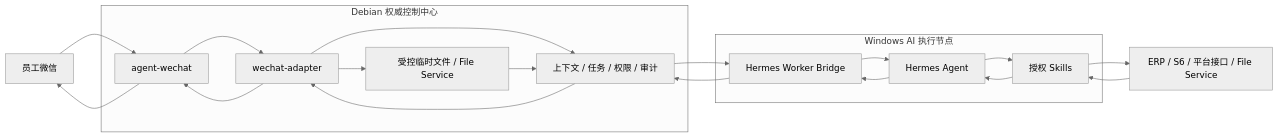
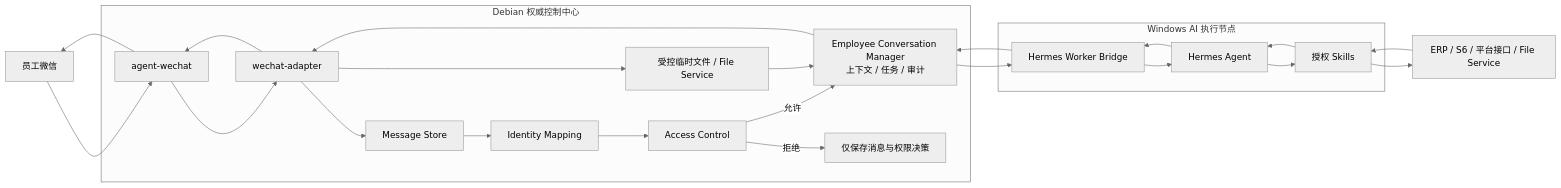
One commit to Tangbohu09527/CF_ecommerce-automation-docs changed the second of 3 diagrams in architecture/wechat-hermes-integration.md. Above: the diagram before and after it, drawn with Mermaid (neutral theme). The commit also changed other lines of this file and 9 other files, not shown here.

````diff
--- a/architecture/wechat-hermes-integration.md
+++ b/architecture/wechat-hermes-integration.md
@@ -42,21 +42,25 @@
 ```mermaid
 flowchart LR
     E["员工微信"] --> A["agent-wechat"]
 
     subgraph D["Debian 权威控制中心"]
         A --> W["wechat-adapter"]
-        W --> C["上下文 / 任务 / 权限 / 审计"]
+        W --> M["Message Store"]
+        M --> I["Identity Mapping"]
+        I --> AC["Access Control"]
+        AC -->|"允许"| C["Employee Conversation Manager<br/>上下文 / 任务 / 审计"]
+        AC -->|"拒绝"| R["仅保存消息与权限决策"]
         W --> T["受控临时文件 / File Service"]
         T --> C
     end
 
     C --> B["Hermes Worker Bridge"]
 
     subgraph N["Windows AI 执行节点"]
         B --> H["Hermes Agent"]
         H --> S["授权 Skills"]
     end
 
     S --> X["ERP / S6 / 平台接口 / File Service"]
     X --> S --> H --> B --> C --> W --> A --> E
 ```
````
